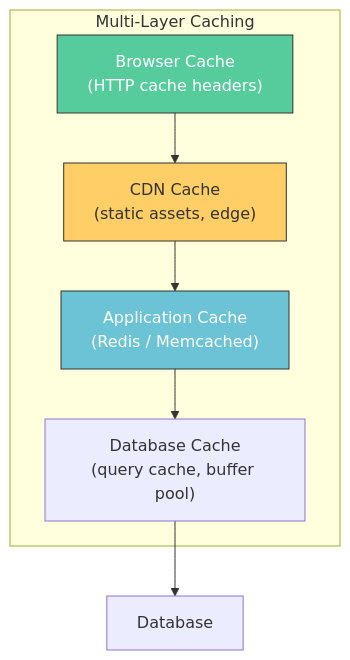
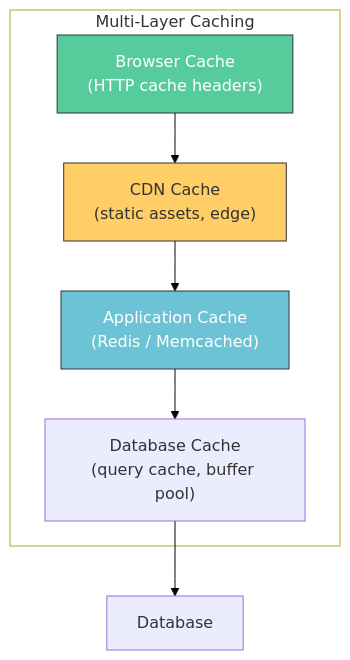
One commit to tanquangduong/tanquangduong.github.io changed the third of 17 diagrams in posts/system-design/System-Design-Interview-QA-2.qmd. Above: the diagram before and after it, drawn with Mermaid. The commit also changed other lines of this file and 204 other files, not shown here.

````diff
--- a/posts/system-design/System-Design-Interview-QA-2.qmd
+++ b/posts/system-design/System-Design-Interview-QA-2.qmd
@@ -150,15 +152,17 @@
 ```{mermaid}
 graph TD
+    linkStyle default stroke:#000,color:#000
     subgraph Layers["Multi-Layer Caching"]
         CLIENT["Browser Cache<br/>(HTTP cache headers)"]
         CDN["CDN Cache<br/>(static assets, edge)"]
         APP["Application Cache<br/>(Redis / Memcached)"]
         DB_CACHE["Database Cache<br/>(query cache, buffer pool)"]
     end
 
     CLIENT --> CDN --> APP --> DB_CACHE --> DB["Database"]
 
     style CLIENT fill:#56cc9d,stroke:#333,color:#fff
     style CDN fill:#ffce67,stroke:#333
     style APP fill:#6cc3d5,stroke:#333,color:#fff
+    style Layers fill:#fff
 ```
````
